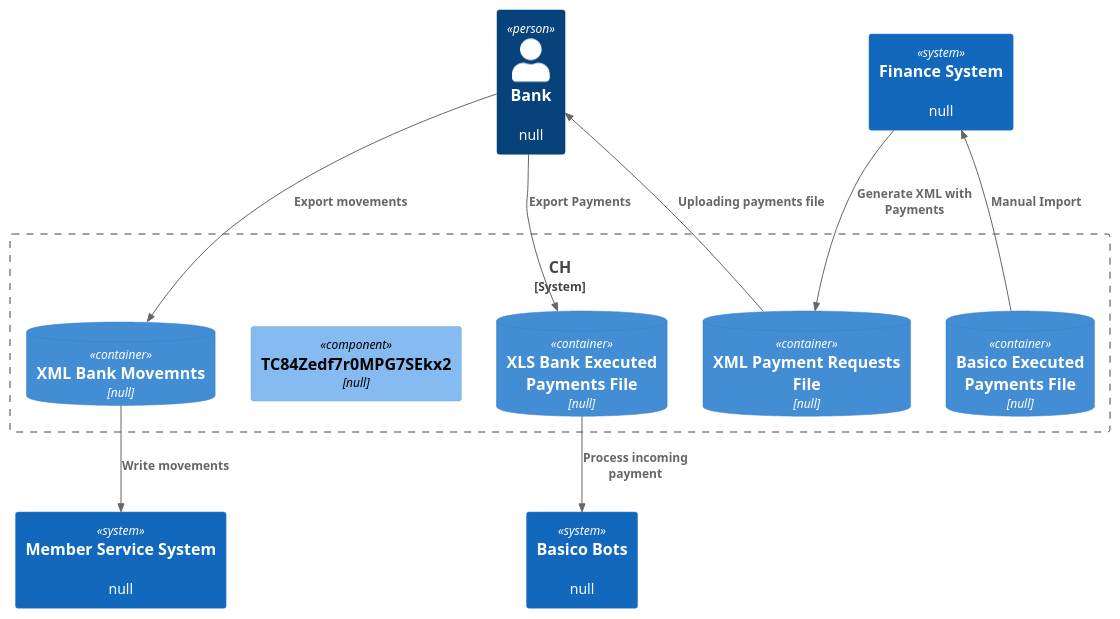
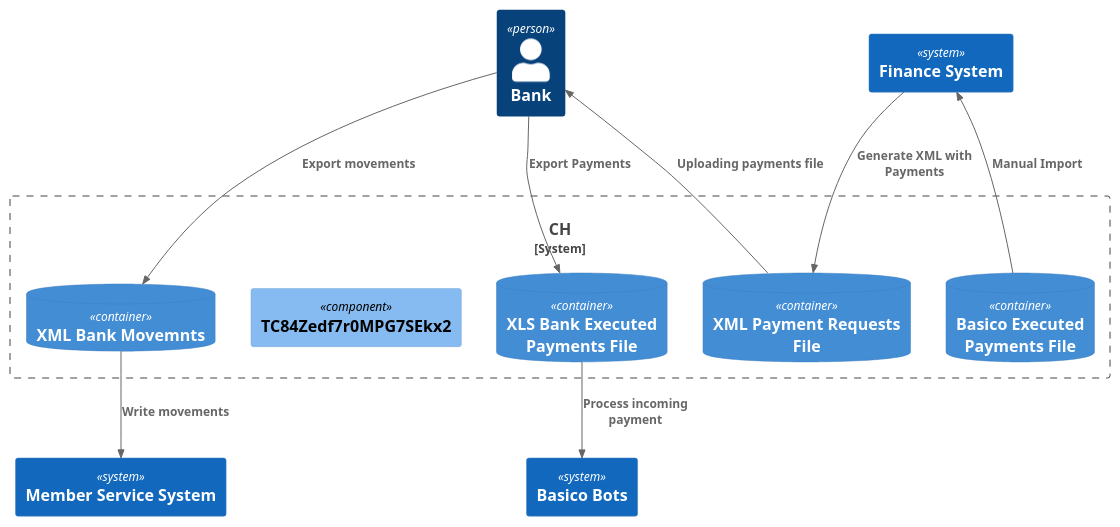
One commit to brunasti/icepanel-tools changed the diagram in examples/pg/icePanel-C4-2-CH.puml. Above: the diagram before and after it, drawn with PlantUML. The commit also changed 31 other files, not shown here.

```diff
--- a/examples/pg/icePanel-C4-2-CH.puml
+++ b/examples/pg/icePanel-C4-2-CH.puml
@@ -1,41 +1,41 @@
 @startuml
 'https://plantuml.com/class-diagram
 ' CONVERT ICEPANEL DIAGRAM ===========
 ' Converter          : it.brunasti.icepanel.tools.IcePanelToPlantUmlConverter
 ' IcePanel JSON File : [./examples/pg/pg-001.json]
 ' Configuration      : [./examples/pg/config.json]
-' Generated at       : Wed Apr 17 10:16:45 CEST 2024
+' Generated at       : Wed Apr 17 10:37:19 CEST 2024
 
 !include https://raw.githubusercontent.com/plantuml-stdlib/C4-PlantUML/master/C4_Context.puml
 !include https://raw.githubusercontent.com/plantuml-stdlib/C4-PlantUML/master/C4_Component.puml
 
 
 
 System_Boundary(AB7gRm4G0FDSwC6Ax9Br, "CH" ) {
     ' CLASSES =======
-    ContainerDb(lzbazUSB1JSCrGUmiIvS, "XML Bank Movemnts", "null", "" )
-    ContainerDb(sdXhz2x5m12JfZI7CPqK, "XML Payment Requests File", "null", "" )
-    ContainerDb(09BlbXVqavc3SISvhm3x, "XLS Bank Executed Payments File", "null", "" )
-    Component(TC84Zedf7r0MPG7SEkx2, "TC84Zedf7r0MPG7SEkx2", "null" )
-    ContainerDb(6zrbWT3rue9s7yTmq2vt, "Basico Executed Payments File", "null", "" )
+    ContainerDb(lzbazUSB1JSCrGUmiIvS, "XML Bank Movemnts", "", "" )
+    ContainerDb(sdXhz2x5m12JfZI7CPqK, "XML Payment Requests File", "", "" )
+    ContainerDb(09BlbXVqavc3SISvhm3x, "XLS Bank Executed Payments File", "", "" )
+    Component(TC84Zedf7r0MPG7SEkx2, "TC84Zedf7r0MPG7SEkx2", "" )
+    ContainerDb(6zrbWT3rue9s7yTmq2vt, "Basico Executed Payments File", "", "" )
 }
 
 
 ' NEIGHBOR CLASSES =======
-Person(dJ9mBEcPcpgDp4FzPGBJ, "Bank", "null" )
-System(AdhsdndKmvhsBWvLfJTK, "Member Service System", "null" )
-System(7yUxSWwQWb7vyfM17Jbo, "Basico Bots", "null" )
-System(soKzn6Drl9ZnctLZPvDw, "Finance System", "null" )
+Person(dJ9mBEcPcpgDp4FzPGBJ, "Bank", "" )
+System(AdhsdndKmvhsBWvLfJTK, "Member Service System", "" )
+System(7yUxSWwQWb7vyfM17Jbo, "Basico Bots", "" )
+System(soKzn6Drl9ZnctLZPvDw, "Finance System", "" )
 
 
 ' CONNECTIONS =======
 Rel(dJ9mBEcPcpgDp4FzPGBJ, 09BlbXVqavc3SISvhm3x, "Export Payments" )
 Rel(sdXhz2x5m12JfZI7CPqK, dJ9mBEcPcpgDp4FzPGBJ, "Uploading payments file" )
 Rel(dJ9mBEcPcpgDp4FzPGBJ, lzbazUSB1JSCrGUmiIvS, "Export movements" )
 Rel(6zrbWT3rue9s7yTmq2vt, soKzn6Drl9ZnctLZPvDw, "Manual Import" )
 Rel(09BlbXVqavc3SISvhm3x, 7yUxSWwQWb7vyfM17Jbo, "Process incoming payment" )
 Rel(lzbazUSB1JSCrGUmiIvS, AdhsdndKmvhsBWvLfJTK, "Write movements" )
 Rel(soKzn6Drl9ZnctLZPvDw, sdXhz2x5m12JfZI7CPqK, "Generate XML with Payments" )
 
 
 @enduml
```
